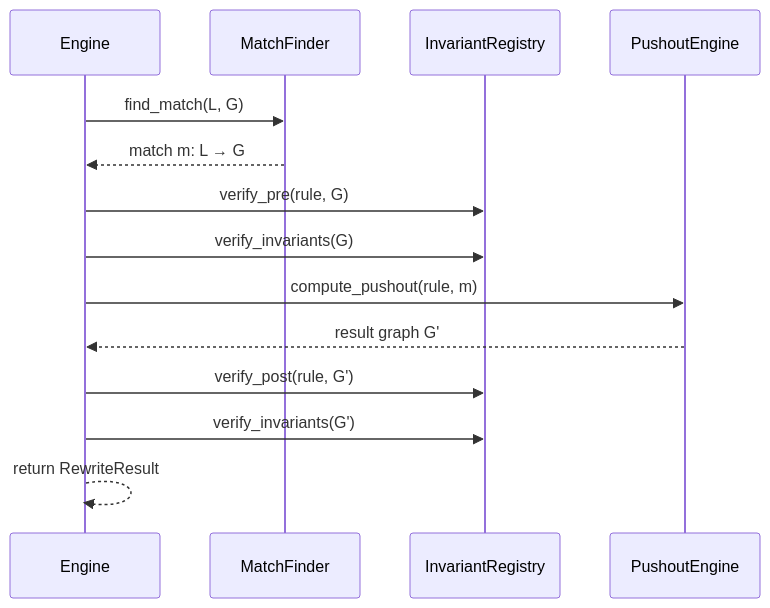
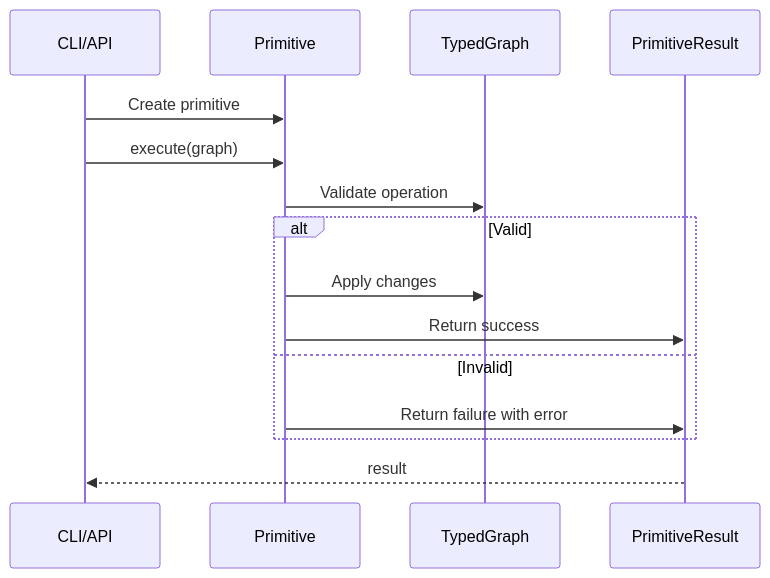
Before and after one commit to toreleon/graph-transform: the second of 3 diagrams in ARCHITECTURE.md, drawn with Mermaid. The commit also changed other lines of this file and 39 other files, not shown here.

````diff
--- a/ARCHITECTURE.md
+++ b/ARCHITECTURE.md
@@ -102,17 +151,18 @@
 ```mermaid
 sequenceDiagram
-    participant E as Engine
-    participant M as MatchFinder
-    participant I as InvariantRegistry
-    participant P as PushoutEngine
+    participant C as CLI/API
+    participant P as Primitive
+    participant G as TypedGraph
+    participant R as PrimitiveResult
 
-    E->>M: find_match(L, G)
-    M-->>E: match m: L → G
-    E->>I: verify_pre(rule, G)
-    E->>I: verify_invariants(G)
-    E->>P: compute_pushout(rule, m)
-    P-->>E: result graph G'
-    E->>I: verify_post(rule, G')
-    E->>I: verify_invariants(G')
-    E-->>E: return RewriteResult
+    C->>P: Create primitive
+    C->>P: execute(graph)
+    P->>G: Validate operation
+    alt Valid
+        P->>G: Apply changes
+        P->>R: Return success
+    else Invalid
+        P->>R: Return failure with error
+    end
+    R-->>C: result
 ```
````
